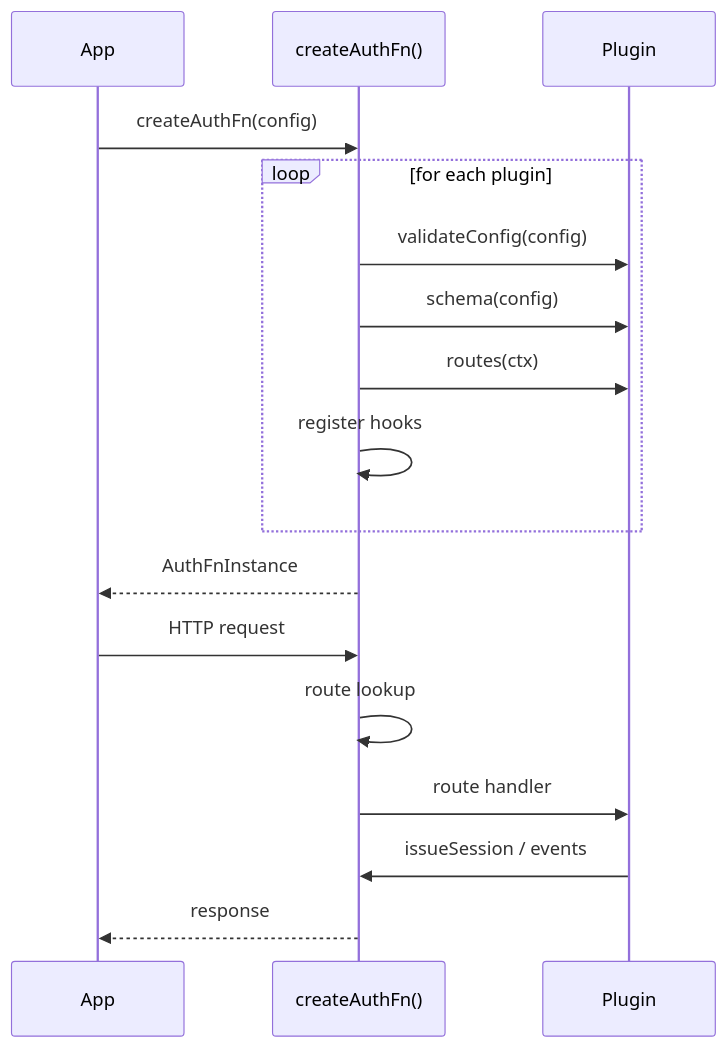
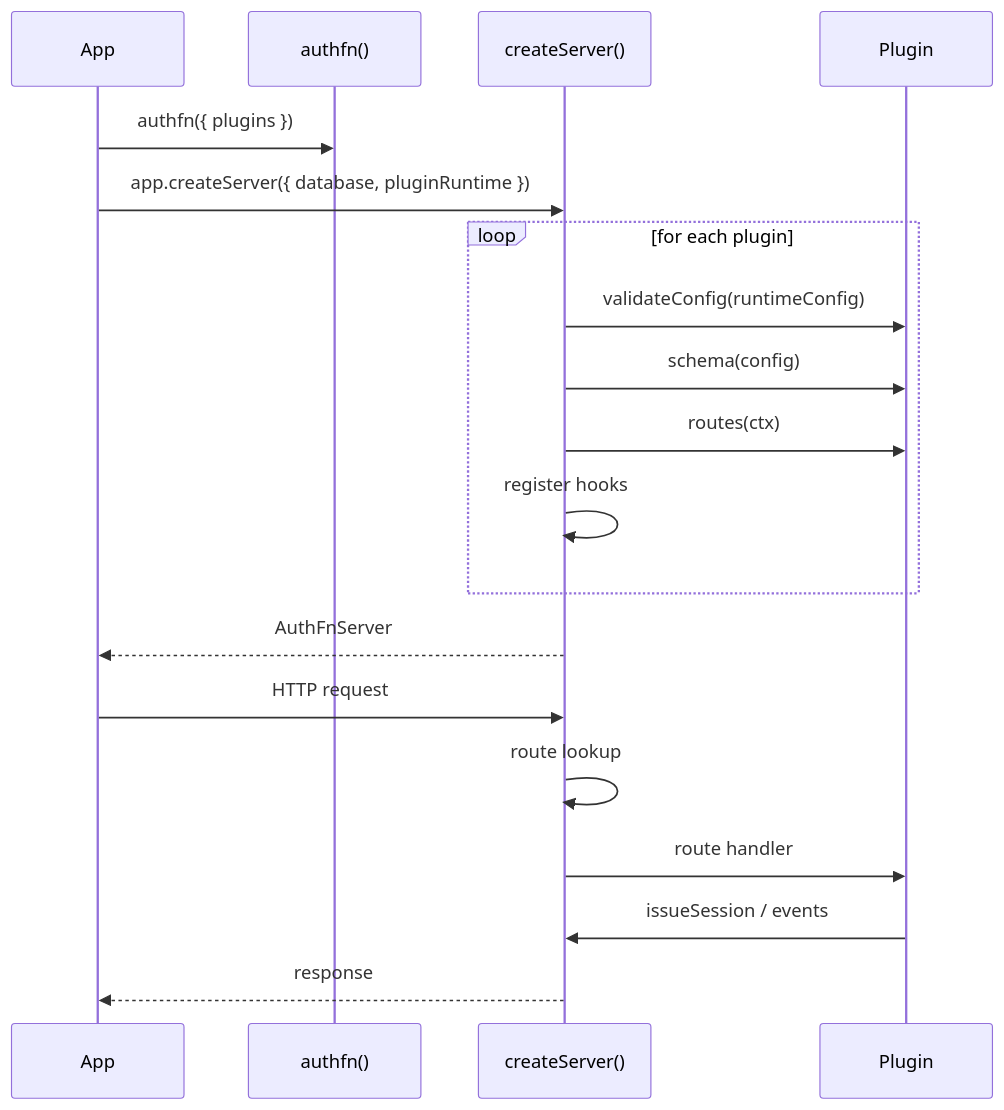
The diagram in authfn/docs/content/docs/core-concepts/plugins.md (21nCo/super-functions), drawn with Mermaid before and after one commit. The commit also changed other lines of this file and 62 other files, not shown here.

First line of the commit message:
docs(authfn): align published docs with shipped authfn kernel

````diff
--- a/authfn/docs/content/docs/core-concepts/plugins.md
+++ b/authfn/docs/content/docs/core-concepts/plugins.md
@@ -48,21 +48,23 @@
 ```mermaid
 sequenceDiagram
   participant App
-  participant Kernel as createAuthFn()
+  participant Declare as authfn()
+  participant Server as createServer()
   participant P as Plugin
 
-  App->>Kernel: createAuthFn(config)
+  App->>Declare: authfn({ plugins })
+  App->>Server: app.createServer({ database, pluginRuntime })
   loop for each plugin
-    Kernel->>P: validateConfig(config)
-    Kernel->>P: schema(config)
-    Kernel->>P: routes(ctx)
-    Kernel->>Kernel: register hooks
+    Server->>P: validateConfig(runtimeConfig)
+    Server->>P: schema(config)
+    Server->>P: routes(ctx)
+    Server->>Server: register hooks
   end
-  Kernel-->>App: AuthFnInstance
+  Server-->>App: AuthFnServer
 
-  App->>Kernel: HTTP request
-  Kernel->>Kernel: route lookup
-  Kernel->>P: route handler
-  P->>Kernel: issueSession / events
-  Kernel-->>App: response
+  App->>Server: HTTP request
+  Server->>Server: route lookup
+  Server->>P: route handler
+  P->>Server: issueSession / events
+  Server-->>App: response
 ```
````
